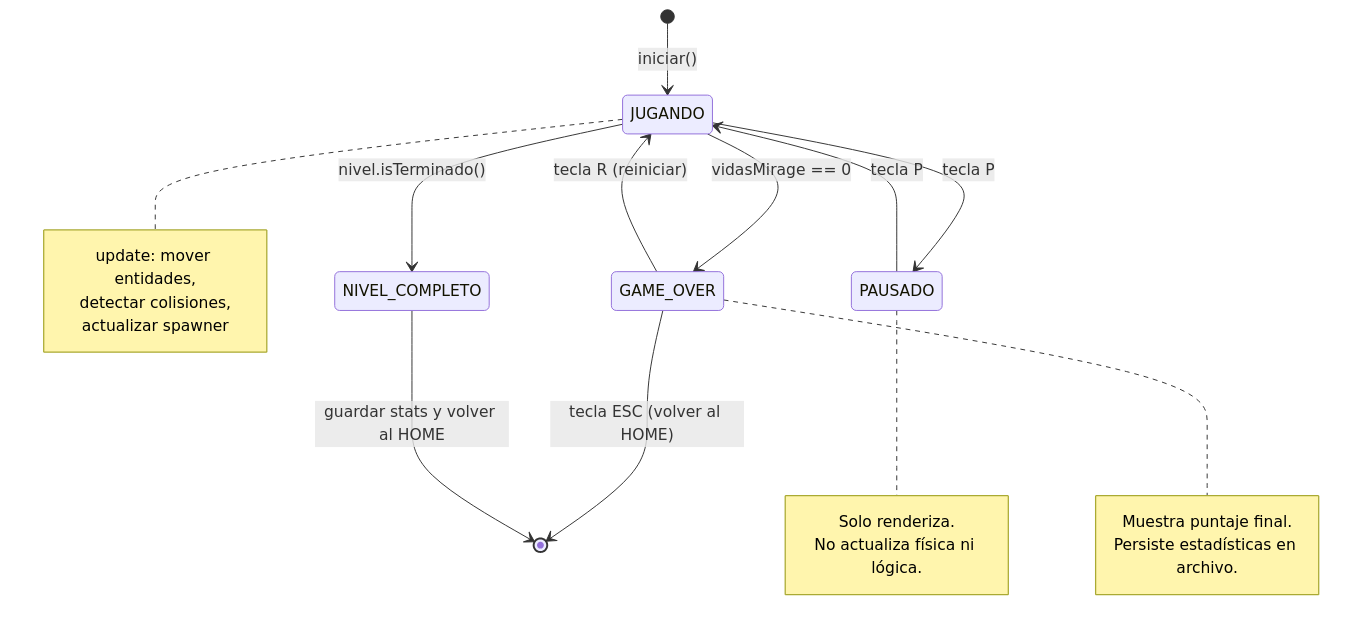
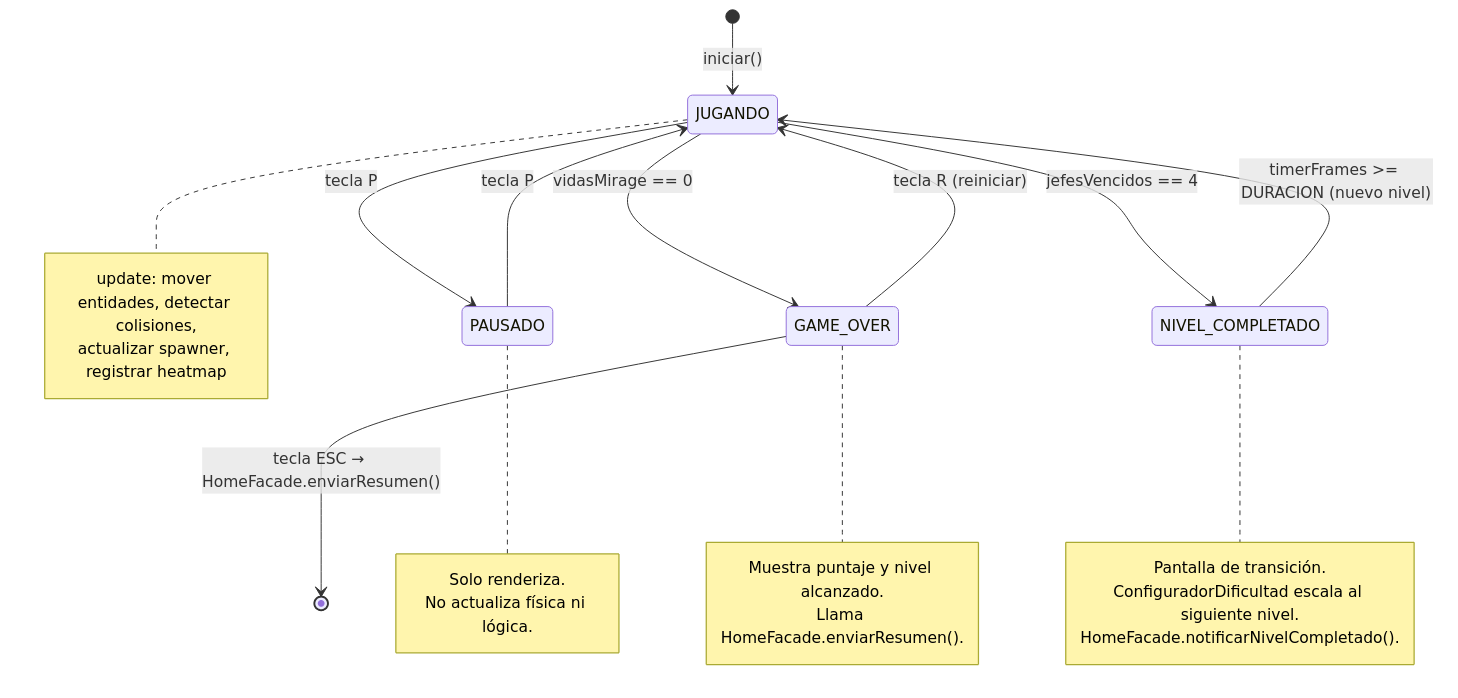
One commit to Christian-Rojas-Rodriguez/juego-1982 changed the first of 5 diagrams in docs/diseño/diagramas-estado.md. Above: the diagram before and after it, drawn with Mermaid. The commit also changed other lines of this file and 3 other files, not shown here.

First line of the commit message:
Actualizar documentación con nuevo concepto de juego — survival shooter infinito

````diff
--- a/docs/diseño/diagramas-estado.md
+++ b/docs/diseño/diagramas-estado.md
@@ -13,30 +13,35 @@
 ```mermaid
 stateDiagram-v2
     [*] --> JUGANDO : iniciar()
 
     JUGANDO --> PAUSADO : tecla P
     PAUSADO --> JUGANDO : tecla P
 
     JUGANDO --> GAME_OVER : vidasMirage == 0
     GAME_OVER --> JUGANDO : tecla R (reiniciar)
-    GAME_OVER --> [*] : tecla ESC (volver al HOME)
+    GAME_OVER --> [*] : tecla ESC → HomeFacade.enviarResumen()
 
-    JUGANDO --> NIVEL_COMPLETO : nivel.isTerminado()
-    NIVEL_COMPLETO --> [*] : guardar stats y volver al HOME
+    JUGANDO --> NIVEL_COMPLETADO : jefesVencidos == 4
+    NIVEL_COMPLETADO --> JUGANDO : timerFrames >= DURACION (nuevo nivel)
 
     note right of JUGANDO
-        update: mover entidades,
-        detectar colisiones,
-        actualizar spawner
+        update: mover entidades, detectar colisiones,
+        actualizar spawner, registrar heatmap
     end note
 
     note right of PAUSADO
         Solo renderiza.
         No actualiza física ni lógica.
     end note
 
     note right of GAME_OVER
-        Muestra puntaje final.
-        Persiste estadísticas en archivo.
+        Muestra puntaje y nivel alcanzado.
+        Llama HomeFacade.enviarResumen().
+    end note
+
+    note right of NIVEL_COMPLETADO
+        Pantalla de transición.
+        ConfiguradorDificultad escala al siguiente nivel.
+        HomeFacade.notificarNivelCompletado().
     end note
 ```
````
